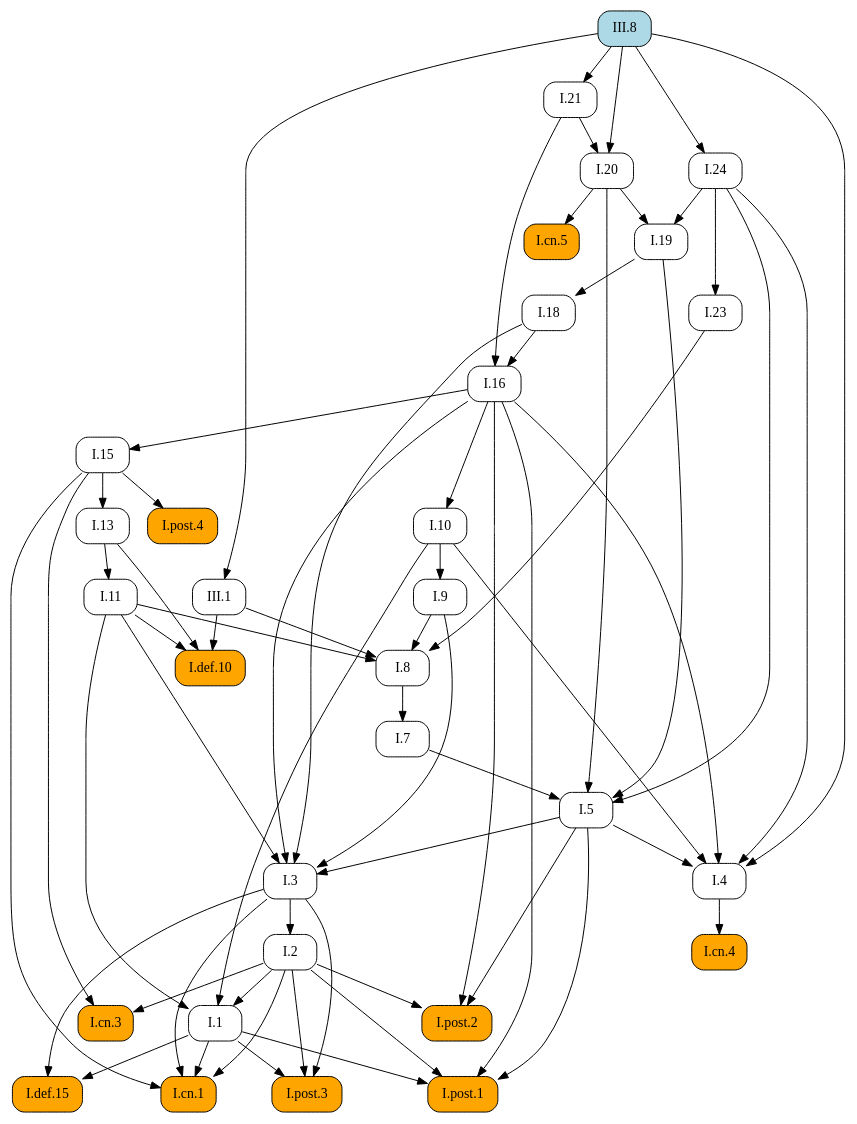
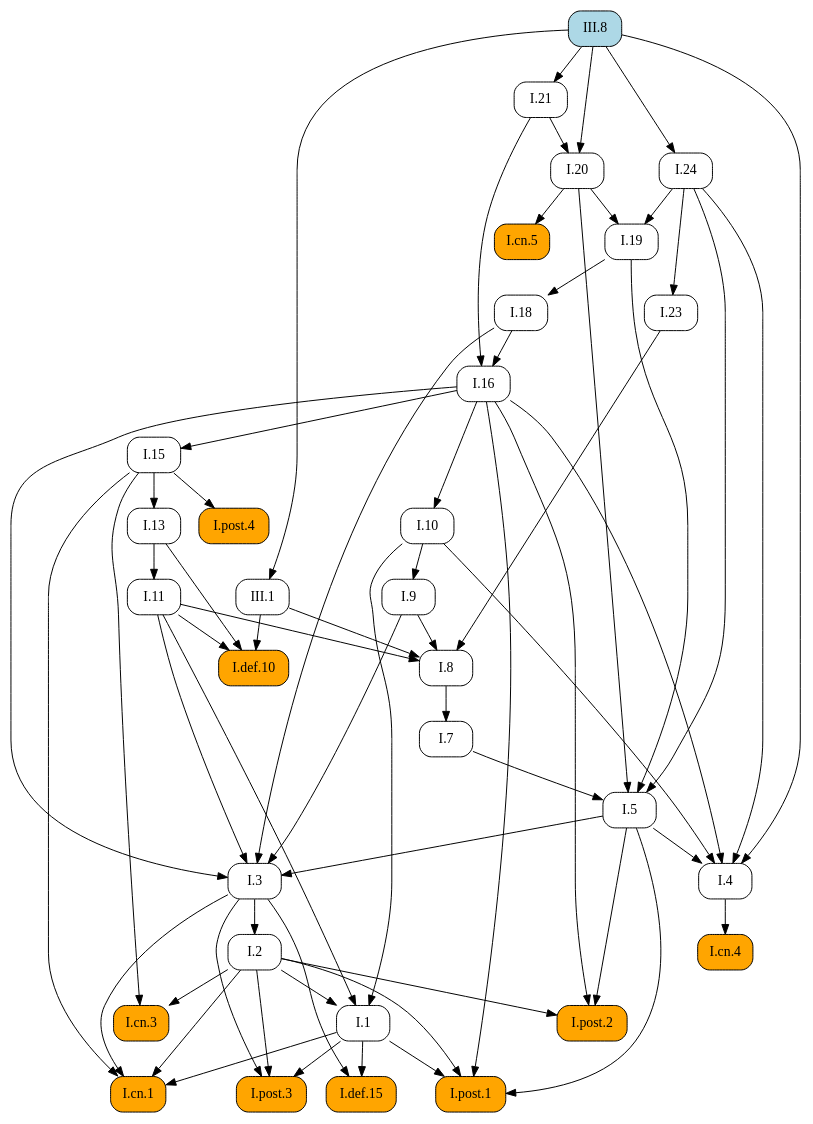
The diagram in docsrc/heath/III/8/index.rst (geometor/elements), drawn with Graphviz before and after one commit. The commit also changed other lines of this file and 484 other files, not shown here.

```diff
--- a/docsrc/heath/III/8/index.rst
+++ b/docsrc/heath/III/8/index.rst
@@ -140,98 +140,98 @@
    digraph {
      rankdir="TB";
      node [shape=box, style=rounded];
+     "I.23" [URL="/heath/I/23/", target="_top"];
+     "I.9" [URL="/heath/I/9/", target="_top"];
+     "I.21" [URL="/heath/I/21/", target="_top"];
+     "I.cn.1" [style="rounded,filled", fillcolor=orange, URL="/heath/I/cn.1/", target="_top"];
+     "I.7" [URL="/heath/I/7/", target="_top"];
+     "I.2" [URL="/heath/I/2/", target="_top"];
+     "I.def.15" [style="rounded,filled", fillcolor=orange, URL="/heath/I/def.15/", target="_top"];
+     "I.13" [URL="/heath/I/13/", target="_top"];
+     "I.post.4" [style="rounded,filled", fillcolor=orange, URL="/heath/I/post.4/", target="_top"];
+     "I.4" [URL="/heath/I/4/", target="_top"];
+     "I.1" [URL="/heath/I/1/", target="_top"];
+     "I.post.3" [style="rounded,filled", fillcolor=orange, URL="/heath/I/post.3/", target="_top"];
+     "III.1" [URL="/heath/III/1/", target="_top"];
+     "I.post.1" [style="rounded,filled", fillcolor=orange, URL="/heath/I/post.1/", target="_top"];
+     "I.19" [URL="/heath/I/19/", target="_top"];
+     "I.5" [URL="/heath/I/5/", target="_top"];
+     "I.8" [URL="/heath/I/8/", target="_top"];
+     "I.cn.3" [style="rounded,filled", fillcolor=orange, URL="/heath/I/cn.3/", target="_top"];
+     "I.16" [URL="/heath/I/16/", target="_top"];
+     "I.20" [URL="/heath/I/20/", target="_top"];
+     "III.8" [style="rounded,filled", fillcolor=lightblue, URL="/heath/III/8/", target="_top"];
      "I.def.10" [style="rounded,filled", fillcolor=orange, URL="/heath/I/def.10/", target="_top"];
+     "I.18" [URL="/heath/I/18/", target="_top"];
+     "I.15" [URL="/heath/I/15/", target="_top"];
+     "I.10" [URL="/heath/I/10/", target="_top"];
+     "I.11" [URL="/heath/I/11/", target="_top"];
+     "I.cn.4" [style="rounded,filled", fillcolor=orange, URL="/heath/I/cn.4/", target="_top"];
+     "I.post.2" [style="rounded,filled", fillcolor=orange, URL="/heath/I/post.2/", target="_top"];
+     "I.24" [URL="/heath/I/24/", target="_top"];
      "I.cn.5" [style="rounded,filled", fillcolor=orange, URL="/heath/I/cn.5/", target="_top"];
-     "I.post.4" [style="rounded,filled", fillcolor=orange, URL="/heath/I/post.4/", target="_top"];
-     "I.1" [URL="/heath/I/1/", target="_top"];
-     "I.11" [URL="/heath/I/11/", target="_top"];
-     "I.7" [URL="/heath/I/7/", target="_top"];
-     "I.20" [URL="/heath/I/20/", target="_top"];
-     "I.24" [URL="/heath/I/24/", target="_top"];
      "I.3" [URL="/heath/I/3/", target="_top"];
-     "I.2" [URL="/heath/I/2/", target="_top"];
-     "I.4" [URL="/heath/I/4/", target="_top"];
-     "I.13" [URL="/heath/I/13/", target="_top"];
-     "I.21" [URL="/heath/I/21/", target="_top"];
-     "III.8" [style="rounded,filled", fillcolor=lightblue, URL="/heath/III/8/", target="_top"];
-     "I.post.2" [style="rounded,filled", fillcolor=orange, URL="/heath/I/post.2/", target="_top"];
-     "I.18" [URL="/heath/I/18/", target="_top"];
-     "I.16" [URL="/heath/I/16/", target="_top"];
-     "I.def.15" [style="rounded,filled", fillcolor=orange, URL="/heath/I/def.15/", target="_top"];
-     "I.19" [URL="/heath/I/19/", target="_top"];
-     "I.post.3" [style="rounded,filled", fillcolor=orange, URL="/heath/I/post.3/", target="_top"];
-     "I.9" [URL="/heath/I/9/", target="_top"];
-     "I.cn.1" [style="rounded,filled", fillcolor=orange, URL="/heath/I/cn.1/", target="_top"];
-     "I.cn.3" [style="rounded,filled", fillcolor=orange, URL="/heath/I/cn.3/", target="_top"];
-     "III.1" [URL="/heath/III/1/", target="_top"];
-     "I.8" [URL="/heath/I/8/", target="_top"];
-     "I.cn.4" [style="rounded,filled", fillcolor=orange, URL="/heath/I/cn.4/", target="_top"];
-     "I.23" [URL="/heath/I/23/", target="_top"];
-     "I.15" [URL="/heath/I/15/", target="_top"];
-     "I.post.1" [style="rounded,filled", fillcolor=orange, URL="/heath/I/post.1/", target="_top"];
-     "I.10" [URL="/heath/I/10/", target="_top"];
-     "I.5" [URL="/heath/I/5/", target="_top"];
+     "I.24" -> "I.23";
+     "I.10" -> "I.9";
+     "III.8" -> "I.21";
+     "I.1" -> "I.cn.1";
+     "I.2" -> "I.cn.1";
+     "I.3" -> "I.cn.1";
+     "I.15" -> "I.cn.1";
+     "I.8" -> "I.7";
+     "I.3" -> "I.2";
+     "I.1" -> "I.def.15";
+     "I.3" -> "I.def.15";
+     "I.15" -> "I.13";
+     "I.15" -> "I.post.4";
+     "I.5" -> "I.4";
+     "I.10" -> "I.4";
+     "I.16" -> "I.4";
+     "I.24" -> "I.4";
+     "III.8" -> "I.4";
+     "I.2" -> "I.1";
+     "I.10" -> "I.1";
+     "I.11" -> "I.1";
+     "I.1" -> "I.post.3";
+     "I.2" -> "I.post.3";
+     "I.3" -> "I.post.3";
+     "III.8" -> "III.1";
+     "I.1" -> "I.post.1";
+     "I.2" -> "I.post.1";
+     "I.5" -> "I.post.1";
+     "I.16" -> "I.post.1";
+     "I.20" -> "I.19";
+     "I.24" -> "I.19";
+     "I.7" -> "I.5";
+     "I.19" -> "I.5";
+     "I.20" -> "I.5";
+     "I.24" -> "I.5";
+     "I.9" -> "I.8";
+     "I.11" -> "I.8";
+     "I.23" -> "I.8";
+     "III.1" -> "I.8";
+     "I.2" -> "I.cn.3";
+     "I.15" -> "I.cn.3";
+     "I.18" -> "I.16";
+     "I.21" -> "I.16";
+     "I.21" -> "I.20";
+     "III.8" -> "I.20";
      "I.11" -> "I.def.10";
      "I.13" -> "I.def.10";
      "III.1" -> "I.def.10";
+     "I.19" -> "I.18";
+     "I.16" -> "I.15";
+     "I.16" -> "I.10";
+     "I.13" -> "I.11";
+     "I.4" -> "I.cn.4";
+     "I.2" -> "I.post.2";
+     "I.5" -> "I.post.2";
+     "I.16" -> "I.post.2";
+     "III.8" -> "I.24";
      "I.20" -> "I.cn.5";
-     "I.15" -> "I.post.4";
-     "I.2" -> "I.1";
-     "I.10" -> "I.1";
-     "I.11" -> "I.1";
-     "I.13" -> "I.11";
-     "I.8" -> "I.7";
-     "I.21" -> "I.20";
-     "III.8" -> "I.20";
-     "III.8" -> "I.24";
      "I.5" -> "I.3";
      "I.9" -> "I.3";
      "I.11" -> "I.3";
      "I.16" -> "I.3";
      "I.18" -> "I.3";
-     "I.3" -> "I.2";
-     "I.5" -> "I.4";
-     "I.10" -> "I.4";
-     "I.16" -> "I.4";
-     "I.24" -> "I.4";
-     "III.8" -> "I.4";
-     "I.15" -> "I.13";
-     "III.8" -> "I.21";
-     "I.2" -> "I.post.2";
-     "I.5" -> "I.post.2";
-     "I.16" -> "I.post.2";
-     "I.19" -> "I.18";
-     "I.18" -> "I.16";
-     "I.21" -> "I.16";
-     "I.1" -> "I.def.15";
-     "I.3" -> "I.def.15";
-     "I.20" -> "I.19";
-     "I.24" -> "I.19";
-     "I.1" -> "I.post.3";
-     "I.2" -> "I.post.3";
-     "I.3" -> "I.post.3";
-     "I.10" -> "I.9";
-     "I.1" -> "I.cn.1";
-     "I.2" -> "I.cn.1";
-     "I.3" -> "I.cn.1";
-     "I.15" -> "I.cn.1";
-     "I.2" -> "I.cn.3";
-     "I.15" -> "I.cn.3";
-     "III.8" -> "III.1";
-     "I.9" -> "I.8";
-     "I.11" -> "I.8";
-     "I.23" -> "I.8";
-     "III.1" -> "I.8";
-     "I.4" -> "I.cn.4";
-     "I.24" -> "I.23";
-     "I.16" -> "I.15";
-     "I.1" -> "I.post.1";
-     "I.2" -> "I.post.1";
-     "I.5" -> "I.post.1";
-     "I.16" -> "I.post.1";
-     "I.16" -> "I.10";
-     "I.7" -> "I.5";
-     "I.19" -> "I.5";
-     "I.20" -> "I.5";
-     "I.24" -> "I.5";
    }
```
